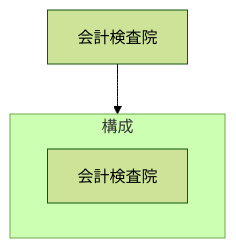
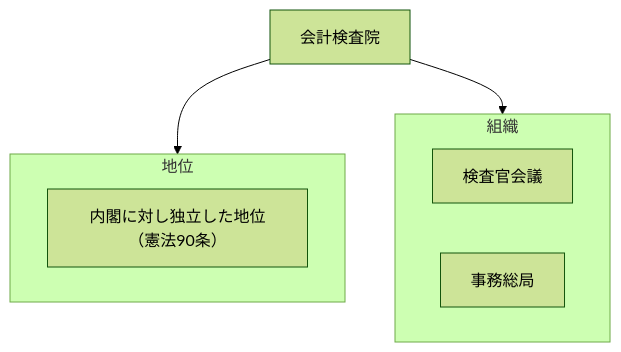
Before and after one commit to tatemaru/jp-admin-org-chart: the diagram in 付録/会計検査院/README.md, drawn with Mermaid (forest theme). The commit also changed other lines of this file and 18 other files, not shown here.

````diff
--- a/付録/会計検査院/README.md
+++ b/付録/会計検査院/README.md
@@ -5,8 +5,13 @@
 ```mermaid
 flowchart TB
   root["会計検査院"]
-  subgraph g0["構成"]
-    n0_0["会計検査院"]
+  subgraph g0["地位"]
+    n0_0["内閣に対し独立した地位（憲法90条）"]
   end
   root --> g0
+  subgraph g1["組織"]
+    n1_0["検査官会議"]
+    n1_1["事務総局"]
+  end
+  root --> g1
 ```
````
